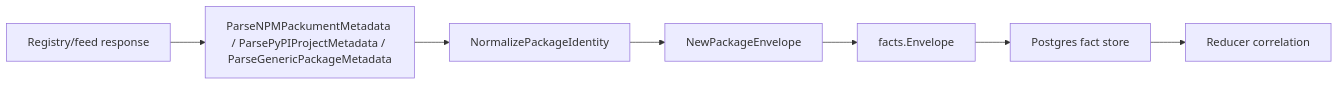
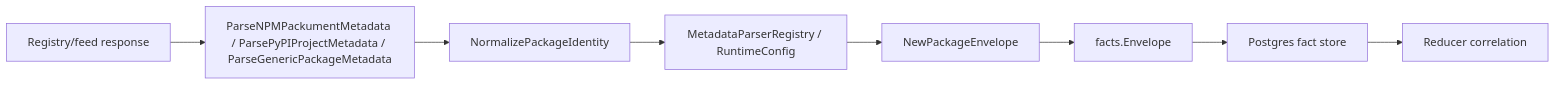
Before and after one commit to eshu-hq/eshu: the diagram in go/internal/collector/packageregistry/README.md, drawn with Mermaid. The commit also changed other lines of this file and 60 other files, not shown here.

````diff
--- a/go/internal/collector/packageregistry/README.md
+++ b/go/internal/collector/packageregistry/README.md
@@ -24,9 +26,10 @@
 ```mermaid
 flowchart LR
   A["Registry/feed response"] --> B["ParseNPMPackumentMetadata / ParsePyPIProjectMetadata / ParseGenericPackageMetadata"]
   B --> C["NormalizePackageIdentity"]
-  C --> D["NewPackageEnvelope"]
-  D --> E["facts.Envelope"]
-  E --> F["Postgres fact store"]
-  F --> G["Reducer correlation"]
+  C --> D["MetadataParserRegistry / RuntimeConfig"]
+  D --> E["NewPackageEnvelope"]
+  E --> F["facts.Envelope"]
+  F --> G["Postgres fact store"]
+  G --> H["Reducer correlation"]
 ```
````
